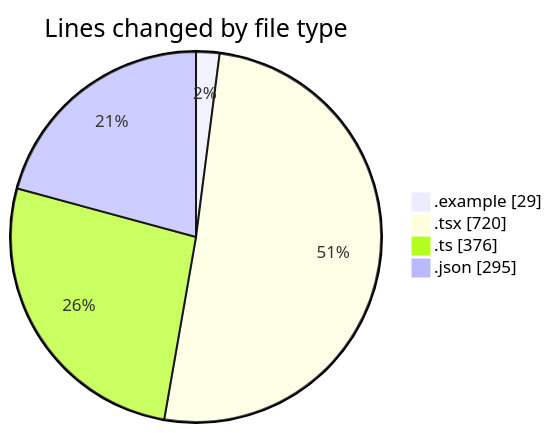
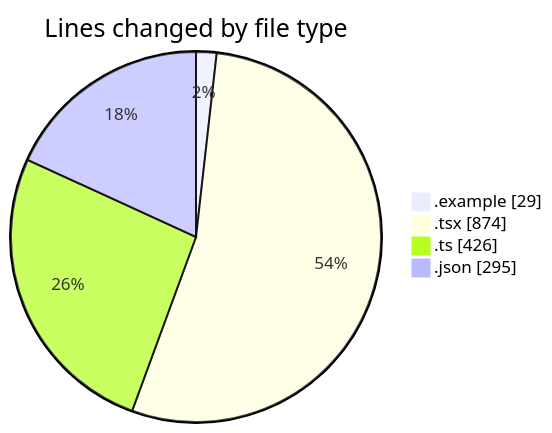
Before and after one commit to julien-gomy/code-tracking: the first of 2 diagrams in 2025-11-16/eventscop-frontend-guide__workspace_/README.md, drawn with Mermaid. The commit also changed other lines of this file and 1 other file, not shown here.

````diff
--- a/2025-11-16/eventscop-frontend-guide__workspace_/README.md
+++ b/2025-11-16/eventscop-frontend-guide__workspace_/README.md
@@ -30,8 +32,8 @@
 ```mermaid
 pie showData
 title Lines changed by file type
 ".example" : 29
-".tsx" : 720
-".ts" : 376
+".tsx" : 874
+".ts" : 426
 ".json" : 295
 ```
````
